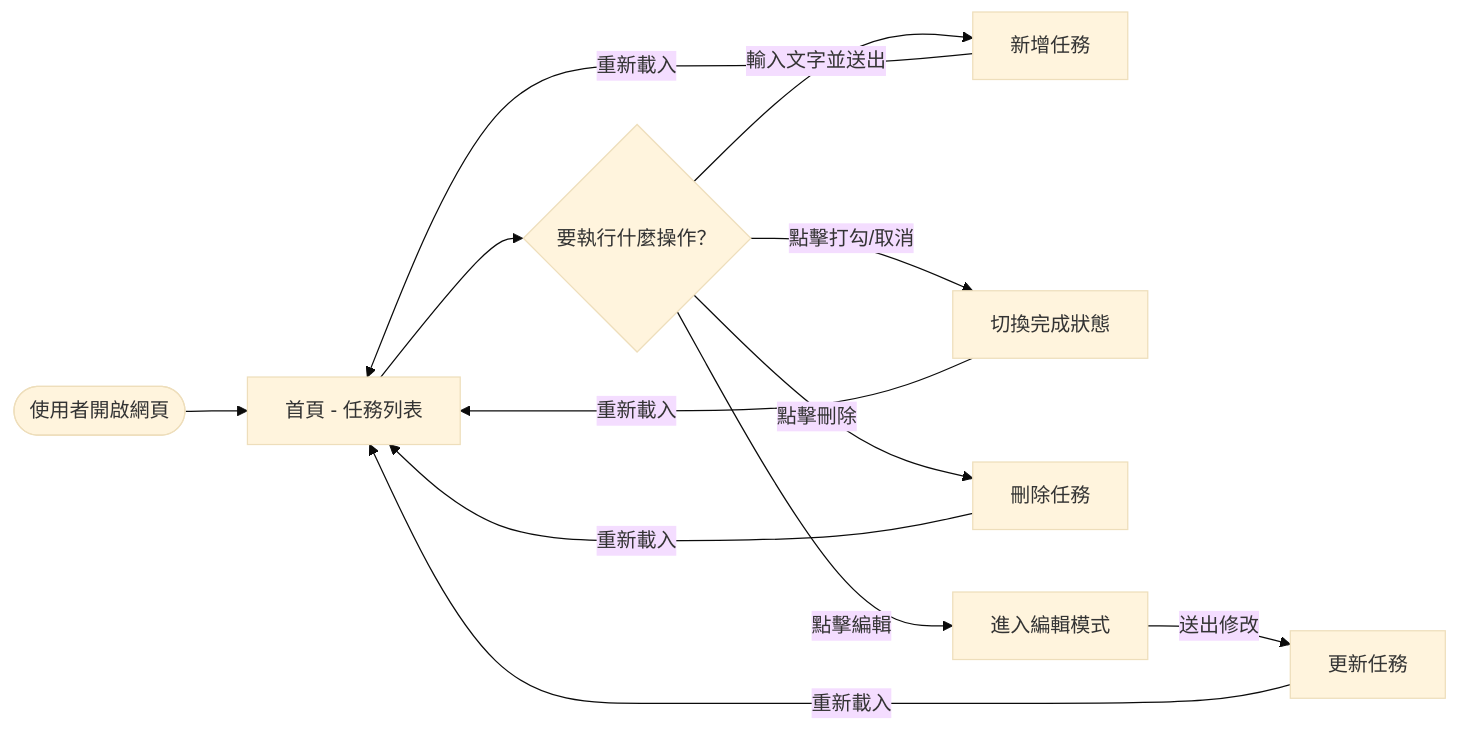
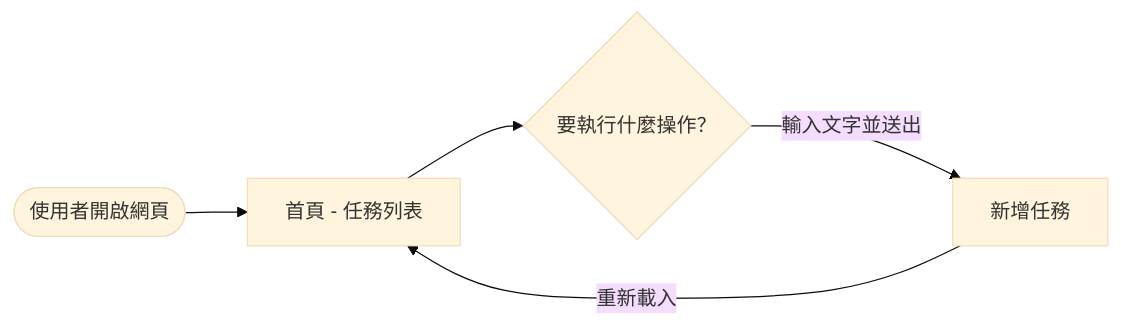
The first of 2 diagrams in docs/FLOWCHART.md (D1420306/daily-to-do-list), drawn with Mermaid (base theme) before and after one commit. The commit also changed other lines of this file and 8 other files, not shown here.

````diff
--- a/docs/FLOWCHART.md
+++ b/docs/FLOWCHART.md
@@ -7,19 +7,9 @@
 ```mermaid
 flowchart LR
     Start([使用者開啟網頁]) --> Home[首頁 - 任務列表]
     
     Home --> Action{要執行什麼操作？}
     
     Action -->|輸入文字並送出| Add[新增任務]
     Add -->|重新載入| Home
-    
-    Action -->|點擊打勾/取消| Toggle[切換完成狀態]
-    Toggle -->|重新載入| Home
-    
-    Action -->|點擊刪除| Delete[刪除任務]
-    Delete -->|重新載入| Home
-    
-    Action -->|點擊編輯| Edit[進入編輯模式]
-    Edit -->|送出修改| Update[更新任務]
-    Update -->|重新載入| Home
 ```
````
